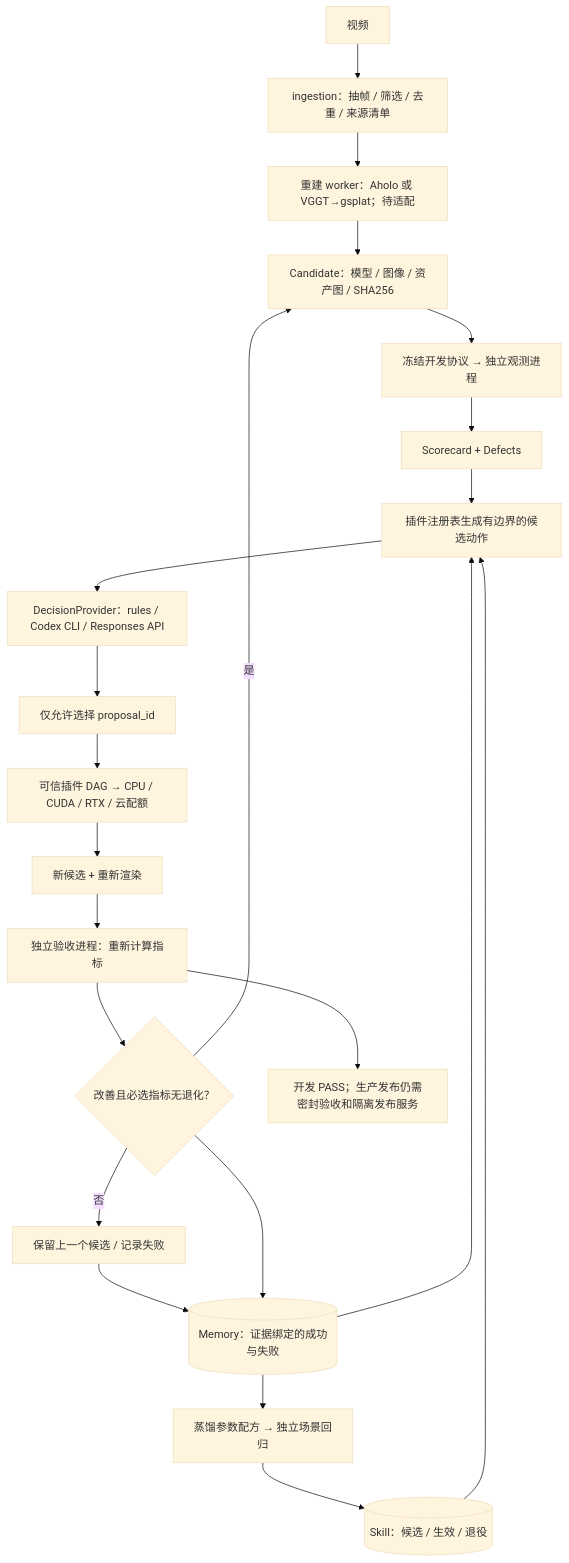
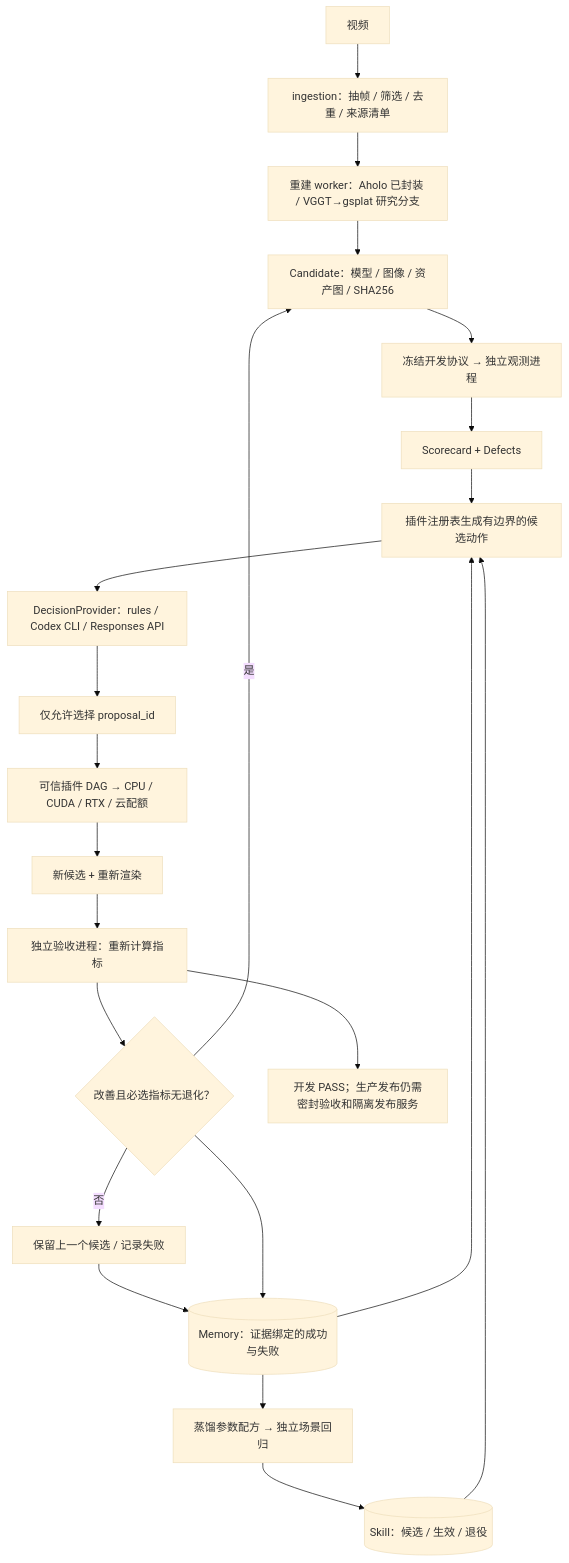
The diagram in docs/runtime.md (miracle-techlink/aholo-powergrid-simready), drawn with Mermaid (base theme) before and after one commit. The commit also changed other lines of this file and 116 other files, not shown here.

````diff
--- a/docs/runtime.md
+++ b/docs/runtime.md
@@ -5,24 +5,24 @@
 ```mermaid
 flowchart TD
   V[视频] --> F[ingestion：抽帧 / 筛选 / 去重 / 来源清单]
-  F --> R[重建 worker：Aholo 或 VGGT→gsplat；待适配]
+  F --> R[重建 worker：Aholo 已封装 / VGGT→gsplat 研究分支]
   R --> C[Candidate：模型 / 图像 / 资产图 / SHA256]
   C --> O[冻结开发协议 → 独立观测进程]
   O --> D[Scorecard + Defects]
   D --> Q[插件注册表生成有边界的候选动作]
   M[(Memory：证据绑定的成功与失败)] --> Q
   S[(Skill：候选 / 生效 / 退役)] --> Q
   Q --> A[DecisionProvider：rules / Codex CLI / Responses API]
   A --> P[仅允许选择 proposal_id]
   P --> X[可信插件 DAG → CPU / CUDA / RTX / 云配额]
   X --> N[新候选 + 重新渲染]
   N --> E[独立验收进程：重新计算指标]
   E --> G{改善且必选指标无退化？}
   G -->|否| B[保留上一个候选 / 记录失败]
   G -->|是| C
   B --> M
   G --> M
   M --> K[蒸馏参数配方 → 独立场景回归]
   K --> S
   E --> Z[开发 PASS；生产发布仍需密封验收和隔离发布服务]
 ```
````
